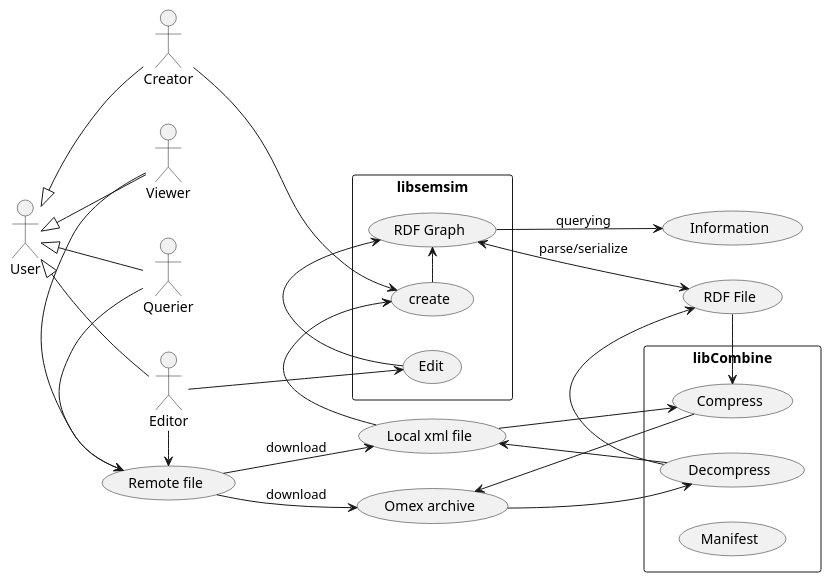
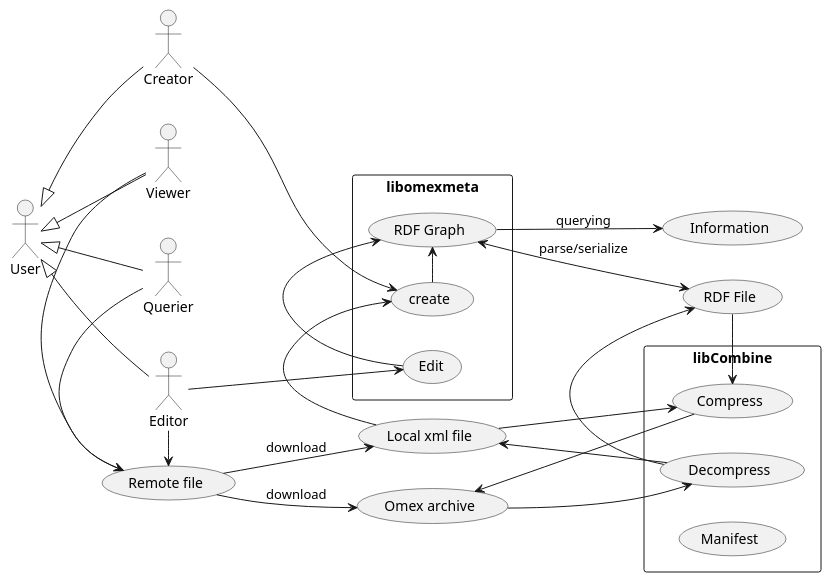
Before and after one commit to sys-bio/libOmexMeta: the diagram in Design/usecase.puml, drawn with PlantUML. The commit also changed 110 other files, not shown here.

```diff
--- a/Design/usecase.puml
+++ b/Design/usecase.puml
@@ -1,89 +1,89 @@
 @startuml
 
 
 
 
 left to right direction
 :User:
 :Editor:
 :Creator:
 :Viewer:
 :Querier:
 User <|-- Editor
 User <|-- Creator
 User <|-- Viewer
 User <|-- Querier
 ':application:
 ':Omex archive:
 ':Url:
 ':File:
 ':web user:
 ':local user:
 
 (Omex archive) as omex
 (Remote file) as remote_file
 (Local xml file) as local_file
 (Information) as info
 
 Editor -> remote_file
 Viewer -> remote_file
 Querier -> remote_file
 'User -> local_file : creates
 'User -> remote_file : wants
 remote_file --> local_file : download
 remote_file --> omex : download
 rectangle libCombine {
     (Compress) as compress
     (Decompress) as decompress
     (Manifest) as manifest
 }
 omex --> decompress
 
 
 (RDF File) as rdf_file
 
-rectangle libsemsim{
+rectangle libomexmeta{
     (RDF Graph) as rdf_graph
     (create) as create
     (Edit) as edit
 
     local_file -> create
     create -> rdf_graph
     edit -> rdf_graph
 
     Editor --> edit
     Creator --> create
 
 '    local_file --> rdf_graph : parse
     rdf_graph <--> rdf_file : parse/serialize
     rdf_graph --> info : querying
 
 
 '    (Edit/Create) as modify
 '    User --> modify
 '    modify -- rdf_graph
 '    modify -- rdf_file
 
 }
 
 decompress --> local_file
 decompress --> rdf_file
 
 local_file --> compress
 rdf_file --> compress
 compress -> omex
 
 
 
 
 
 
 
 
 
 
 
 
 
 
 @enduml
```
